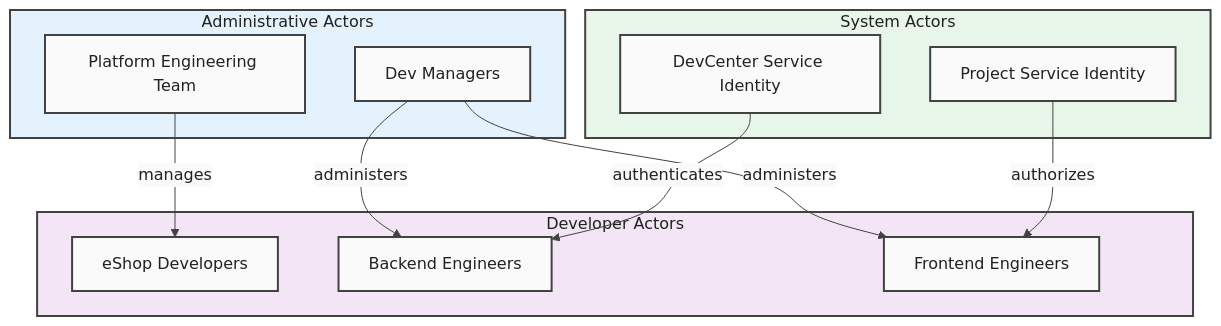
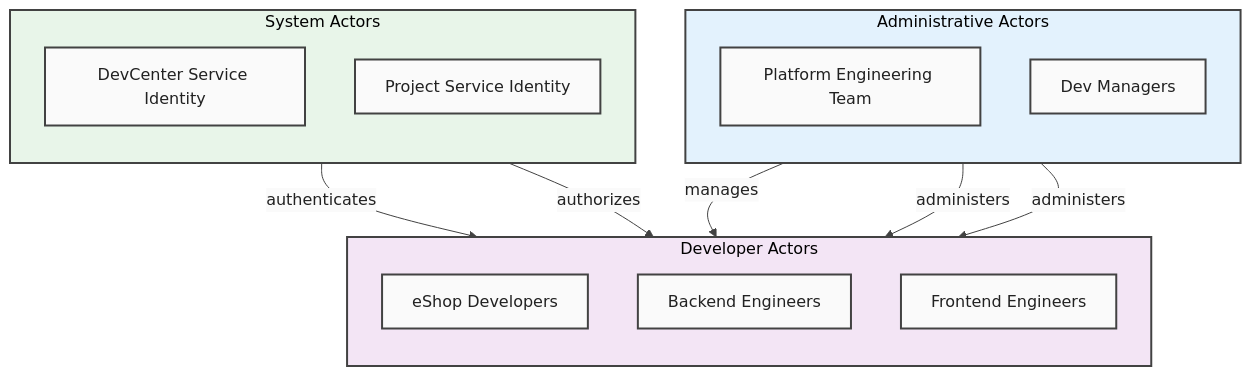
The fifth of 11 diagrams in docs/architecture/Business.md (Evilazaro/DevExp-DevBox), drawn with Mermaid before and after one commit. The commit also changed other lines of this file, not shown here.

Commit message:
docs: enhance Business Architecture document with flowchart direction and styling improvements

````diff
--- a/docs/architecture/Business.md
+++ b/docs/architecture/Business.md
@@ -724,35 +754,42 @@
 ```mermaid
 %%{init: {'theme': 'base', 'themeVariables': { 'primaryColor': '#FAFAFA', 'primaryBorderColor': '#424242', 'primaryTextColor': '#212121', 'lineColor': '#424242'}}}%%
 flowchart TB
     %% Style Definitions
     classDef default fill:#FAFAFA,stroke:#424242,stroke-width:2px,color:#212121
     classDef level1 fill:#E3F2FD,stroke:#424242,stroke-width:2px,color:#212121
     classDef level2 fill:#F3E5F5,stroke:#424242,stroke-width:2px,color:#212121
     classDef level3 fill:#E8F5E9,stroke:#424242,stroke-width:2px,color:#212121
 
     subgraph ADMIN["Administrative Actors"]
+        direction TB
         A1["Platform Engineering Team"]
         A2["Dev Managers"]
     end
 
     subgraph DEV["Developer Actors"]
+        direction TB
         A3["eShop Developers"]
         A4["Backend Engineers"]
         A5["Frontend Engineers"]
     end
 
     subgraph SYS["System Actors"]
+        direction TB
         A6["DevCenter Service Identity"]
         A7["Project Service Identity"]
     end
 
     A1 -->|"manages"| A3
     A2 -->|"administers"| A4
     A2 -->|"administers"| A5
     A6 -->|"authenticates"| A4
     A7 -->|"authorizes"| A5
 
     class ADMIN level1
     class DEV level2
     class SYS level3
+
+    style ADMIN fill:#E3F2FD,stroke:#424242,stroke-width:2px
+    style DEV fill:#F3E5F5,stroke:#424242,stroke-width:2px
+    style SYS fill:#E8F5E9,stroke:#424242,stroke-width:2px
 ```
````
